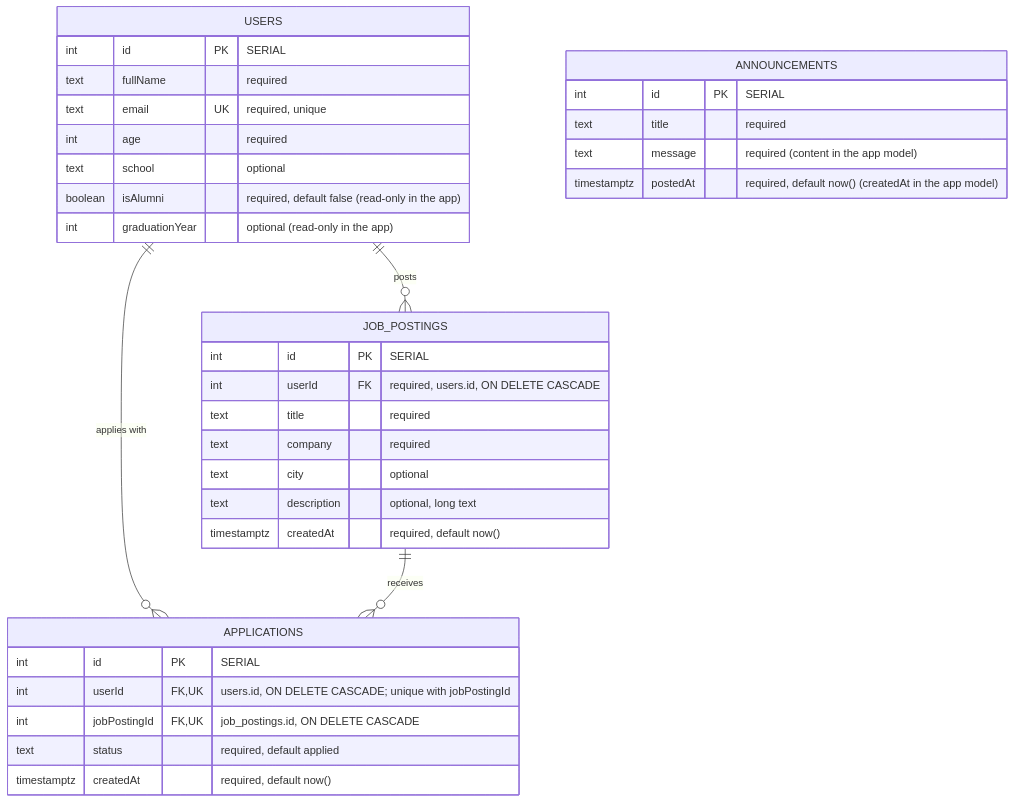
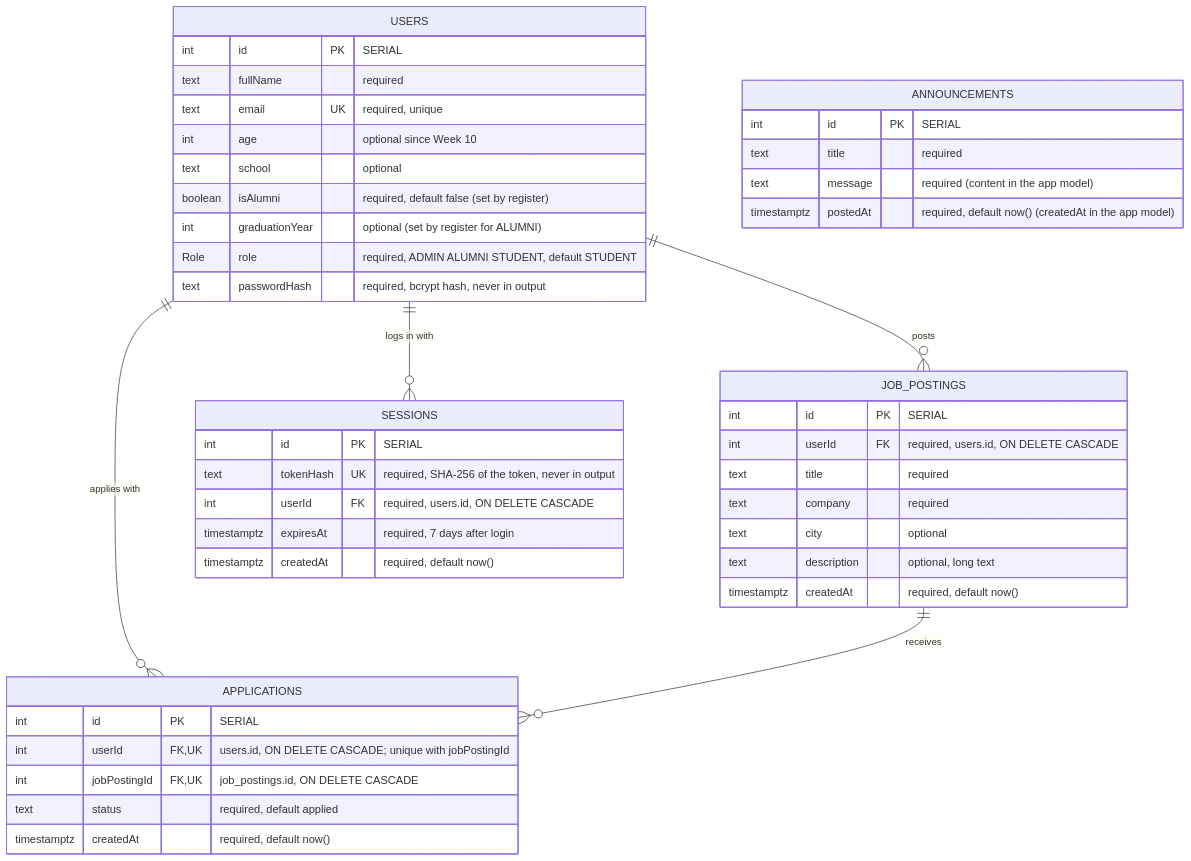
Before and after one commit to AnbarAhmadi/alumni: the diagram in ddd.md, drawn with Mermaid. The commit also changed other lines of this file and 78 other files, not shown here.

````diff
--- a/ddd.md
+++ b/ddd.md
@@ -363,37 +556,47 @@
 ```mermaid
 erDiagram
     USERS ||--o{ JOB_POSTINGS : "posts"
     USERS ||--o{ APPLICATIONS : "applies with"
+    USERS ||--o{ SESSIONS : "logs in with"
     JOB_POSTINGS ||--o{ APPLICATIONS : "receives"
     USERS {
         int id PK "SERIAL"
         text fullName "required"
         text email UK "required, unique"
-        int age "required"
+        int age "optional since Week 10"
         text school "optional"
-        boolean isAlumni "required, default false (read-only in the app)"
-        int graduationYear "optional (read-only in the app)"
+        boolean isAlumni "required, default false (set by register)"
+        int graduationYear "optional (set by register for ALUMNI)"
+        Role role "required, ADMIN ALUMNI STUDENT, default STUDENT"
+        text passwordHash "required, bcrypt hash, never in output"
     }
     ANNOUNCEMENTS {
         int id PK "SERIAL"
         text title "required"
         text message "required (content in the app model)"
         timestamptz postedAt "required, default now() (createdAt in the app model)"
     }
     JOB_POSTINGS {
         int id PK "SERIAL"
         int userId FK "required, users.id, ON DELETE CASCADE"
         text title "required"
         text company "required"
         text city "optional"
         text description "optional, long text"
         timestamptz createdAt "required, default now()"
     }
     APPLICATIONS {
         int id PK "SERIAL"
         int userId FK, UK "users.id, ON DELETE CASCADE; unique with jobPostingId"
         int jobPostingId FK, UK "job_postings.id, ON DELETE CASCADE"
         text status "required, default applied"
         timestamptz createdAt "required, default now()"
     }
+    SESSIONS {
+        int id PK "SERIAL"
+        text tokenHash UK "required, SHA-256 of the token, never in output"
+        int userId FK "required, users.id, ON DELETE CASCADE"
+        timestamptz expiresAt "required, 7 days after login"
+        timestamptz createdAt "required, default now()"
+    }
 ```
````
